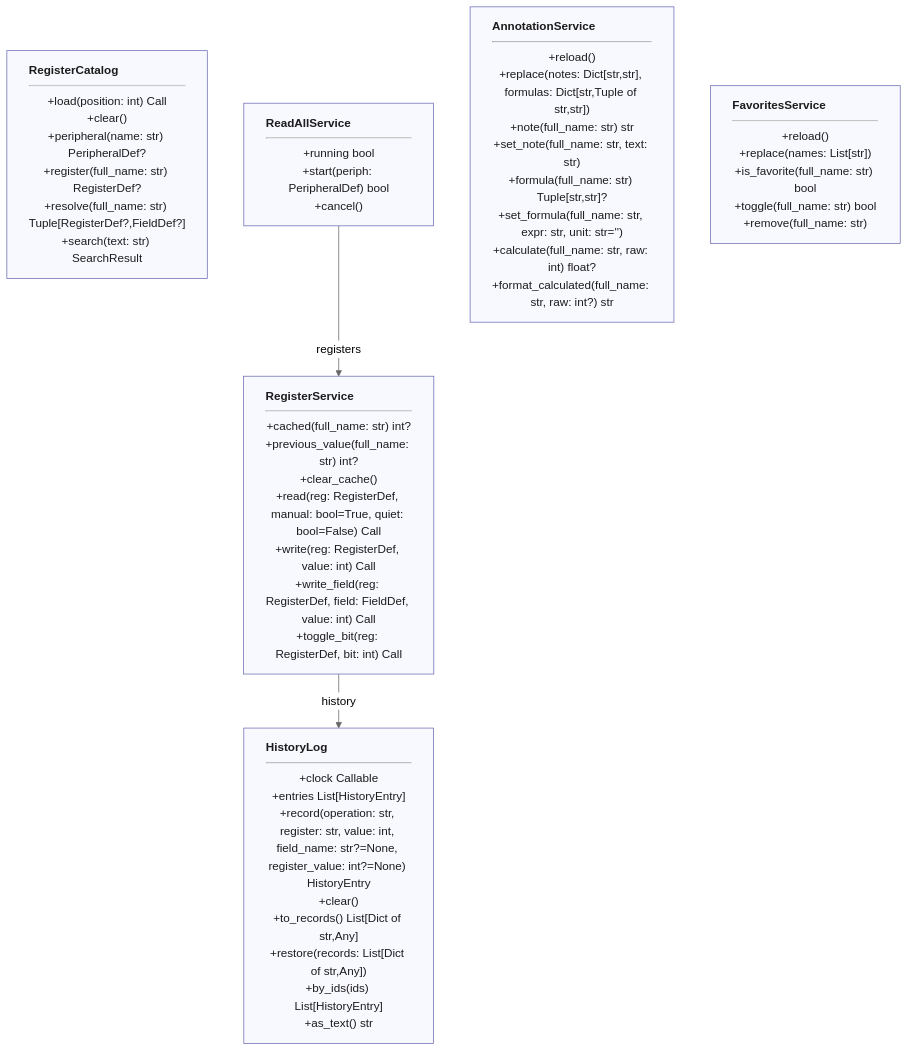
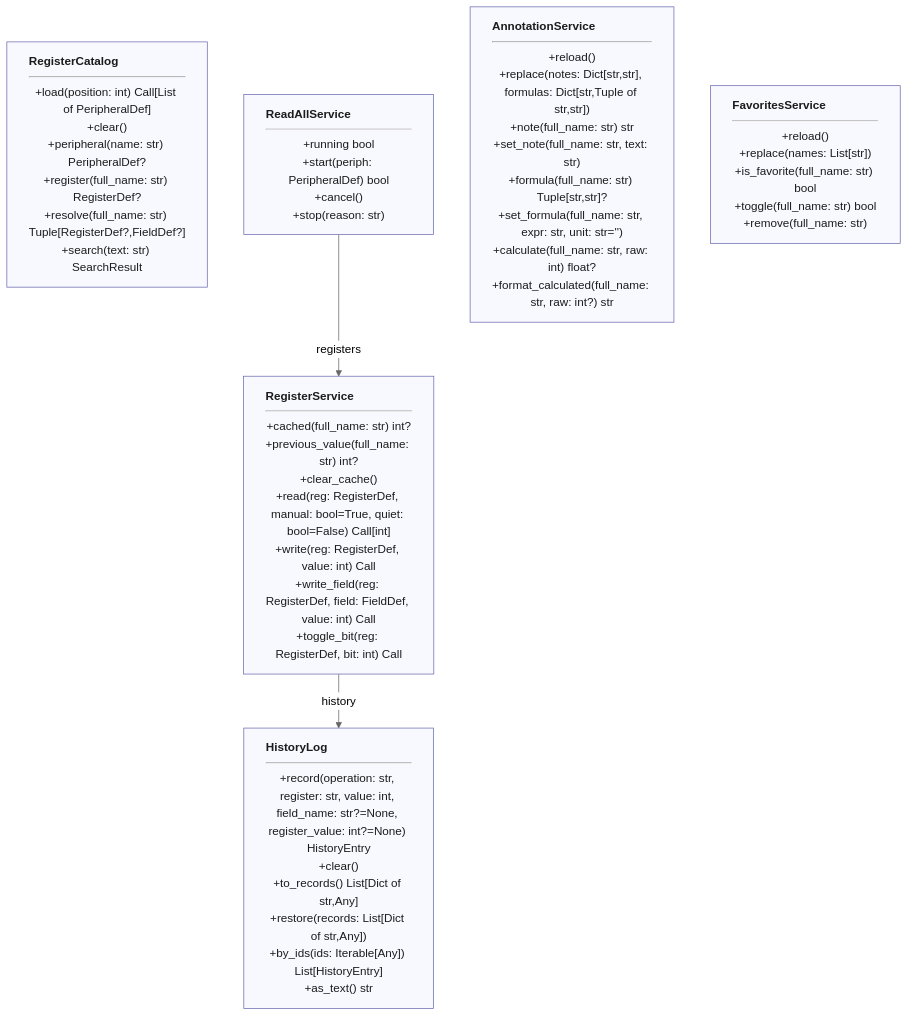
One commit to ShoyonK/sample_ui changed diagram 12 of 30 in docs/ARCHITECTURE.md. Above: the diagram before and after it, drawn with Mermaid (neutral theme). The commit also changed other lines of this file and 315 other files, not shown here.

````diff
--- a/docs/ARCHITECTURE.md
+++ b/docs/ARCHITECTURE.md
@@ -359,14 +382,14 @@
 ```mermaid
 %%{init: {"flowchart": {"curve": "stepAfter"}}}%%
 flowchart TB
     classDef box text-align:left,fill:#f8f8ff,stroke:#6a6ab0,color:#1c1c1c
     classDef stub fill:#ffffff,stroke:#6a6ab0,stroke-dasharray:4 3,color:#1c1c1c
-    RegisterCatalog["<b>RegisterCatalog</b><hr/>+load(position: int) Call<br/>+clear()<br/>+peripheral(name: str) PeripheralDef?<br/>+register(full_name: str) RegisterDef?<br/>+resolve(full_name: str) Tuple[RegisterDef?,FieldDef?]<br/>+search(text: str) SearchResult"]:::box
-    RegisterService["<b>RegisterService</b><hr/>+cached(full_name: str) int?<br/>+previous_value(full_name: str) int?<br/>+clear_cache()<br/>+read(reg: RegisterDef, manual: bool=True, quiet: bool=False) Call<br/>+write(reg: RegisterDef, value: int) Call<br/>+write_field(reg: RegisterDef, field: FieldDef, value: int) Call<br/>+toggle_bit(reg: RegisterDef, bit: int) Call"]:::box
-    ReadAllService["<b>ReadAllService</b><hr/>+running bool<br/>+start(periph: PeripheralDef) bool<br/>+cancel()"]:::box
+    RegisterCatalog["<b>RegisterCatalog</b><hr/>+load(position: int) Call[List of PeripheralDef]<br/>+clear()<br/>+peripheral(name: str) PeripheralDef?<br/>+register(full_name: str) RegisterDef?<br/>+resolve(full_name: str) Tuple[RegisterDef?,FieldDef?]<br/>+search(text: str) SearchResult"]:::box
+    RegisterService["<b>RegisterService</b><hr/>+cached(full_name: str) int?<br/>+previous_value(full_name: str) int?<br/>+clear_cache()<br/>+read(reg: RegisterDef, manual: bool=True, quiet: bool=False) Call[int]<br/>+write(reg: RegisterDef, value: int) Call<br/>+write_field(reg: RegisterDef, field: FieldDef, value: int) Call<br/>+toggle_bit(reg: RegisterDef, bit: int) Call"]:::box
+    ReadAllService["<b>ReadAllService</b><hr/>+running bool<br/>+start(periph: PeripheralDef) bool<br/>+cancel()<br/>+stop(reason: str)"]:::box
     AnnotationService["<b>AnnotationService</b><hr/>+reload()<br/>+replace(notes: Dict[str,str], formulas: Dict[str,Tuple of str,str])<br/>+note(full_name: str) str<br/>+set_note(full_name: str, text: str)<br/>+formula(full_name: str) Tuple[str,str]?<br/>+set_formula(full_name: str, expr: str, unit: str='')<br/>+calculate(full_name: str, raw: int) float?<br/>+format_calculated(full_name: str, raw: int?) str"]:::box
     FavoritesService["<b>FavoritesService</b><hr/>+reload()<br/>+replace(names: List[str])<br/>+is_favorite(full_name: str) bool<br/>+toggle(full_name: str) bool<br/>+remove(full_name: str)"]:::box
-    HistoryLog["<b>HistoryLog</b><hr/>+clock Callable<br/>+entries List[HistoryEntry]<br/>+record(operation: str, register: str, value: int, field_name: str?=None, register_value: int?=None) HistoryEntry<br/>+clear()<br/>+to_records() List[Dict of str,Any]<br/>+restore(records: List[Dict of str,Any])<br/>+by_ids(ids) List[HistoryEntry]<br/>+as_text() str"]:::box
+    HistoryLog["<b>HistoryLog</b><hr/>+record(operation: str, register: str, value: int, field_name: str?=None, register_value: int?=None) HistoryEntry<br/>+clear()<br/>+to_records() List[Dict of str,Any]<br/>+restore(records: List[Dict of str,Any])<br/>+by_ids(ids: Iterable[Any]) List[HistoryEntry]<br/>+as_text() str"]:::box
     RegisterService -->|"history"| HistoryLog
     ReadAllService -->|"registers"| RegisterService
 ```
````
